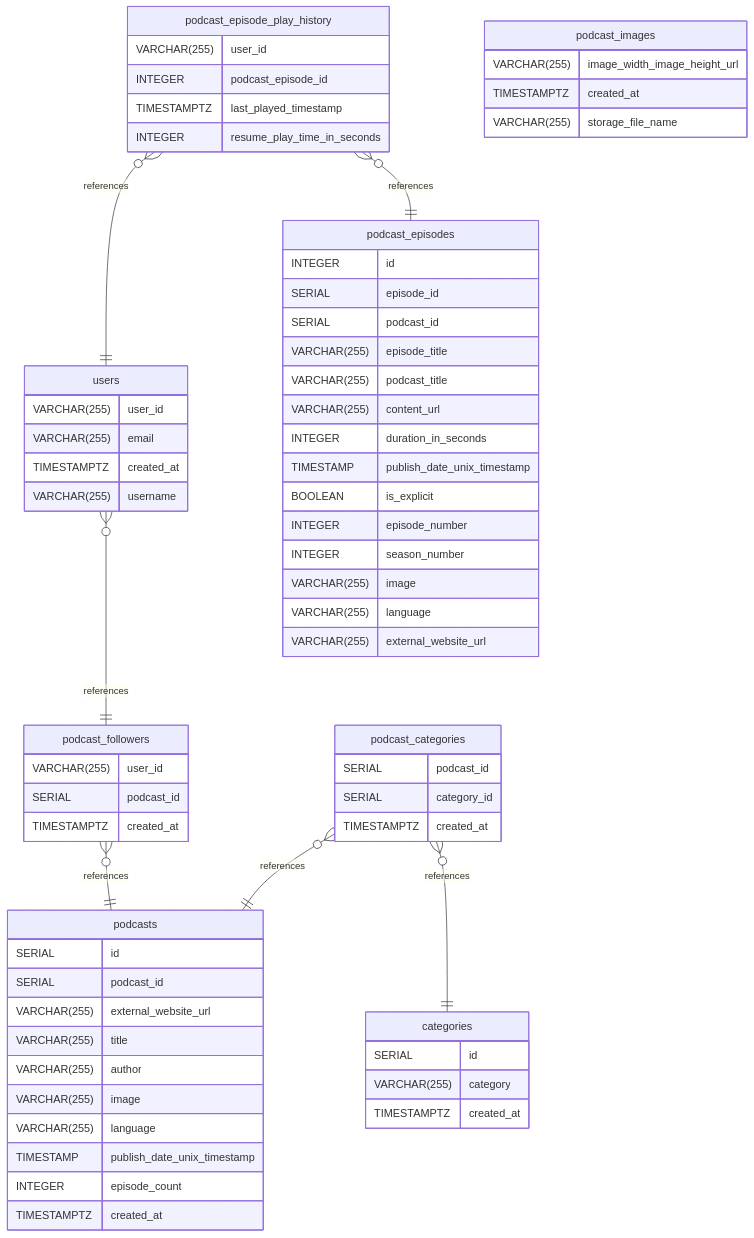
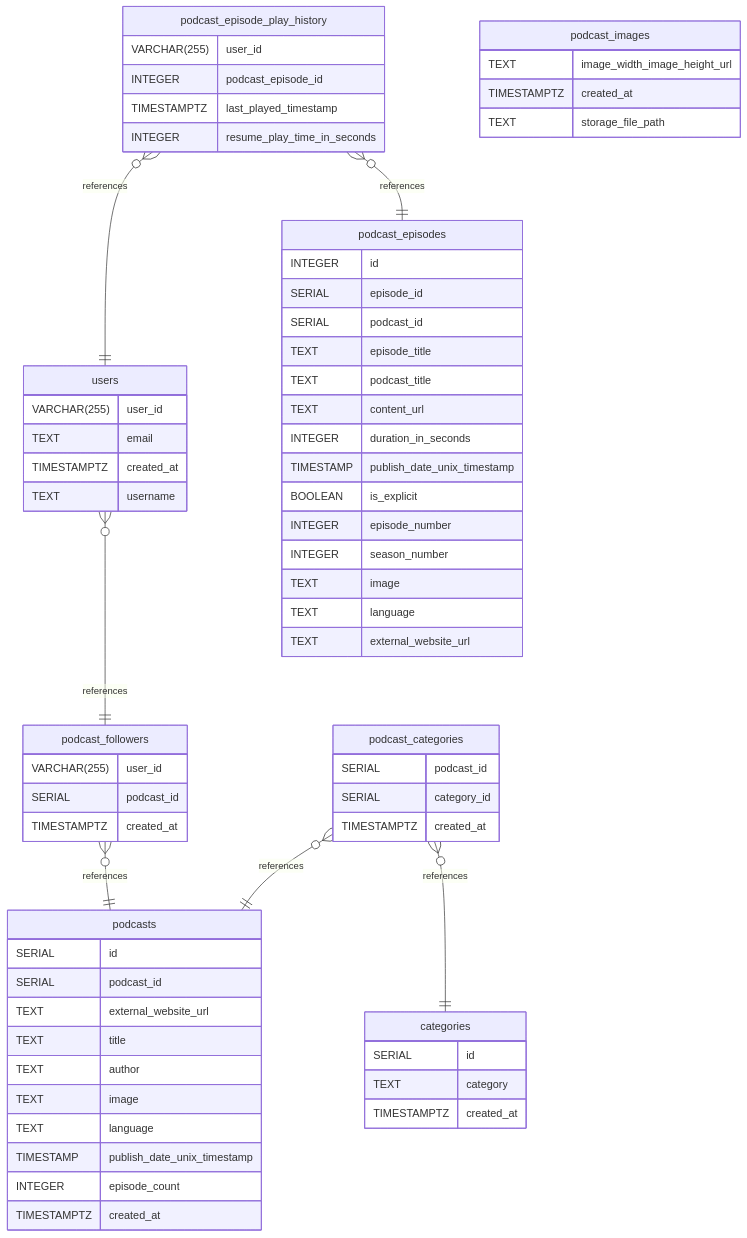
Before and after one commit to JeremyLoh/xtal: the diagram in ER_diagram.md, drawn with Mermaid. The commit also changed other lines of this file and 5 other files, not shown here.

Commit message:
refactor: update podcast images column to store storage file path

````diff
--- a/ER_diagram.md
+++ b/ER_diagram.md
@@ -125,77 +125,77 @@
 ```mermaid
 erDiagram
 	podcast_episode_play_history }o--|| users : references
 	podcast_episode_play_history }o--|| podcast_episodes : references
 	users }o--|| podcast_followers : references
 	podcast_categories }o--|| categories : references
 	podcast_followers }o--|| podcasts : references
 	podcast_categories }o--|| podcasts : references
 
 	podcast_images {
-		VARCHAR(255) image_width_image_height_url
+		TEXT image_width_image_height_url
 		TIMESTAMPTZ created_at
-		VARCHAR(255) storage_file_name
+		TEXT storage_file_path
 	}
 
 	users {
 		VARCHAR(255) user_id
-		VARCHAR(255) email
+		TEXT email
 		TIMESTAMPTZ created_at
-		VARCHAR(255) username
+		TEXT username
 	}
 
 	podcast_episodes {
 		INTEGER id
 		SERIAL episode_id
 		SERIAL podcast_id
-		VARCHAR(255) episode_title
-		VARCHAR(255) podcast_title
-		VARCHAR(255) content_url
+		TEXT episode_title
+		TEXT podcast_title
+		TEXT content_url
 		INTEGER duration_in_seconds
 		TIMESTAMP publish_date_unix_timestamp
 		BOOLEAN is_explicit
 		INTEGER episode_number
 		INTEGER season_number
-		VARCHAR(255) image
-		VARCHAR(255) language
-		VARCHAR(255) external_website_url
+		TEXT image
+		TEXT language
+		TEXT external_website_url
 	}
 
 	podcast_episode_play_history {
 		VARCHAR(255) user_id
 		INTEGER podcast_episode_id
 		TIMESTAMPTZ last_played_timestamp
 		INTEGER resume_play_time_in_seconds
 	}
 
 	podcasts {
 		SERIAL id
 		SERIAL podcast_id
-		VARCHAR(255) external_website_url
-		VARCHAR(255) title
-		VARCHAR(255) author
-		VARCHAR(255) image
-		VARCHAR(255) language
+		TEXT external_website_url
+		TEXT title
+		TEXT author
+		TEXT image
+		TEXT language
 		TIMESTAMP publish_date_unix_timestamp
 		INTEGER episode_count
 		TIMESTAMPTZ created_at
 	}
 
 	podcast_categories {
 		SERIAL podcast_id
 		SERIAL category_id
 		TIMESTAMPTZ created_at
 	}
 
 	podcast_followers {
 		VARCHAR(255) user_id
 		SERIAL podcast_id
 		TIMESTAMPTZ created_at
 	}
 
 	categories {
 		SERIAL id
-		VARCHAR(255) category
+		TEXT category
 		TIMESTAMPTZ created_at
 	}
 ```
````
